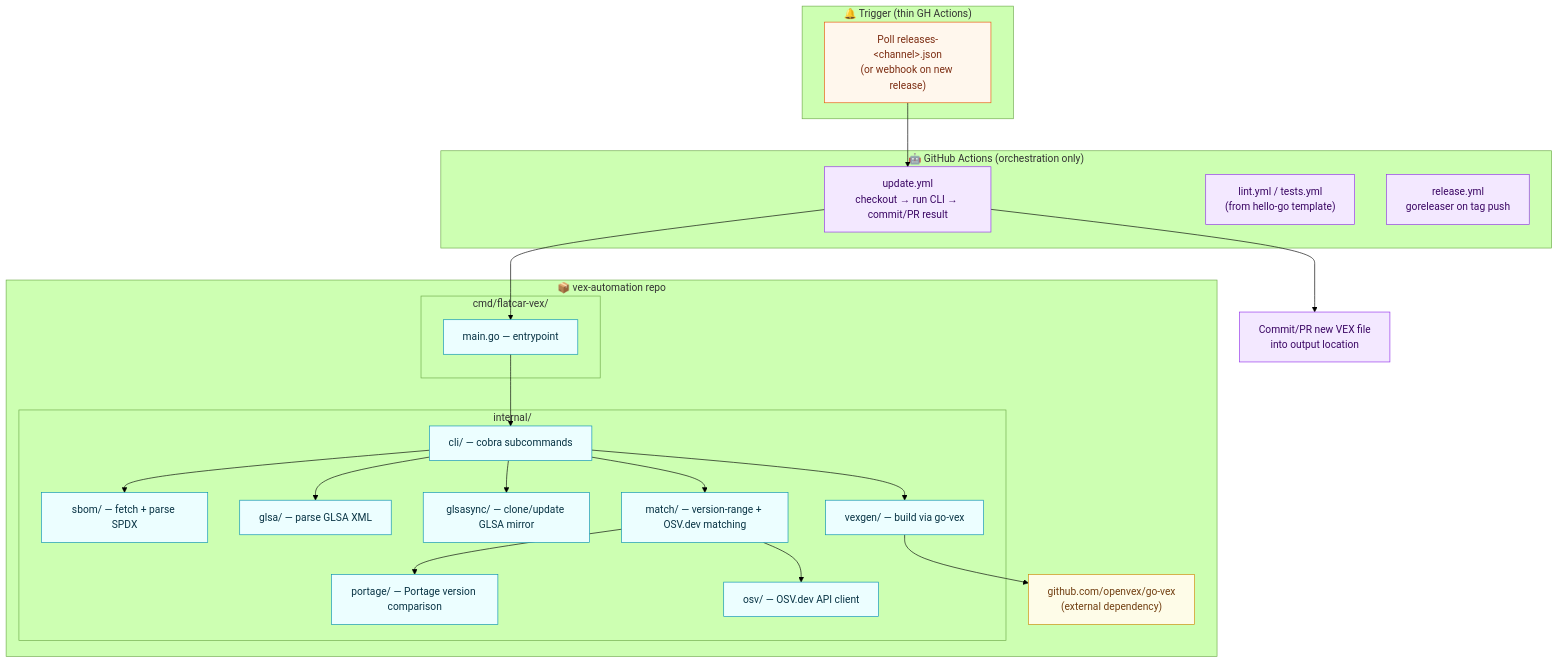
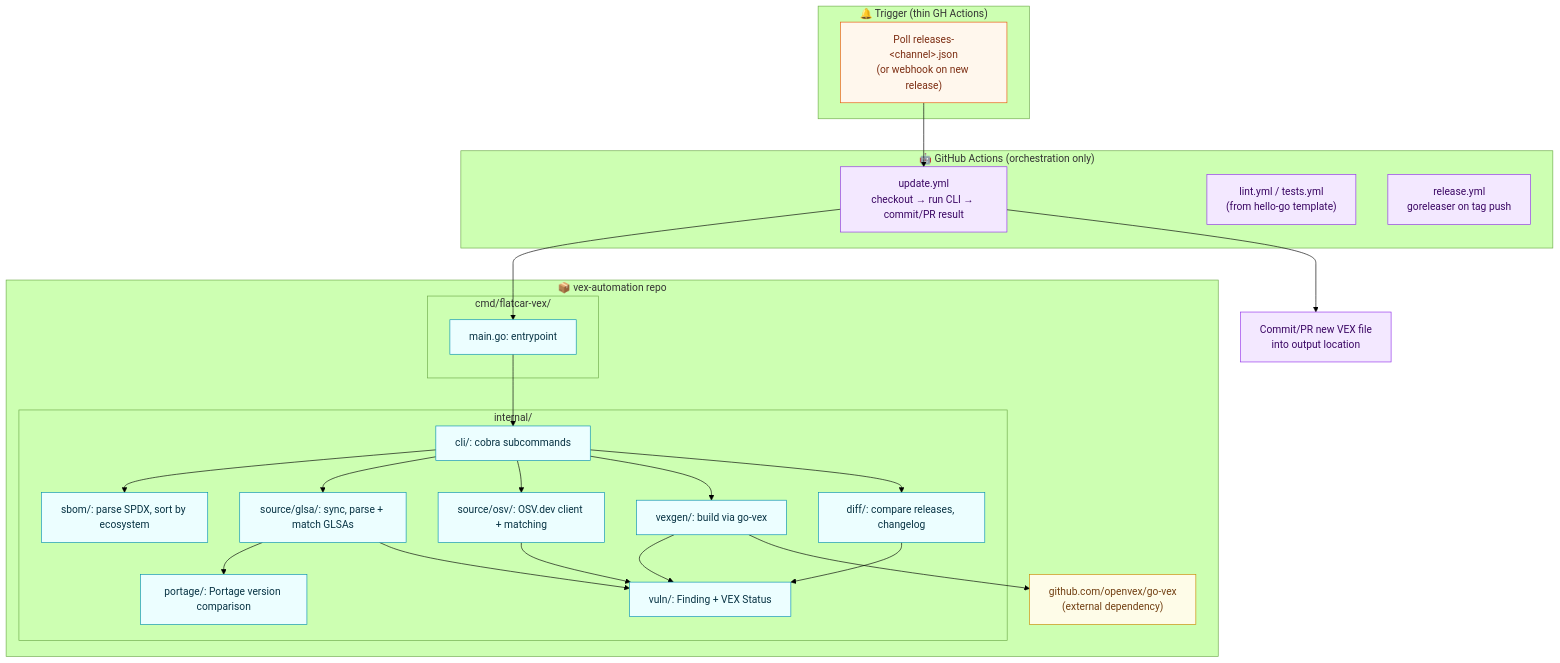
One commit to flatcar/vex-automation changed the second of 3 diagrams in docs/plan.md. Above: the diagram before and after it, drawn with Mermaid (forest theme). The commit also changed other lines of this file and 50 other files, not shown here.

First line of the commit message:
refactor: organise packages by domain and sync GLSAs with go-git (#21)

````diff
--- a/docs/plan.md
+++ b/docs/plan.md
@@ -117,47 +120,49 @@
 ```mermaid
 flowchart TD
     subgraph Trigger["🔔 Trigger (thin GH Actions)"]
         POLL["Poll releases-&lt;channel&gt;.json<br/>(or webhook on new release)"]
     end
 
     subgraph Repo["📦 vex-automation repo"]
         subgraph CmdLayer["cmd/flatcar-vex/"]
-            MAIN["main.go — entrypoint"]
+            MAIN["main.go: entrypoint"]
         end
         subgraph InternalLayer["internal/"]
-            CLI_PKG["cli/ — cobra subcommands"]
-            SBOM_PKG["sbom/ — fetch + parse SPDX"]
-            GLSA_PKG["glsa/ — parse GLSA XML"]
-            GLSASYNC_PKG["glsasync/ — clone/update GLSA mirror"]
-            PORTAGE_PKG["portage/ — Portage version comparison"]
-            MATCH_PKG["match/ — version-range + OSV.dev matching"]
-            OSV_PKG["osv/ — OSV.dev API client"]
-            VEXGEN_PKG["vexgen/ — build via go-vex"]
+            CLI_PKG["cli/: cobra subcommands"]
+            SBOM_PKG["sbom/: parse SPDX, sort by ecosystem"]
+            VULN_PKG["vuln/: Finding + VEX Status"]
+            GLSA_PKG["source/glsa/: sync, parse + match GLSAs"]
+            OSV_PKG["source/osv/: OSV.dev client + matching"]
+            PORTAGE_PKG["portage/: Portage version comparison"]
+            VEXGEN_PKG["vexgen/: build via go-vex"]
+            DIFF_PKG["diff/: compare releases, changelog"]
         end
         GOVEX["github.com/openvex/go-vex<br/>(external dependency)"]
     end
 
     subgraph CI["🤖 GitHub Actions (orchestration only)"]
         WF1["update.yml<br/>checkout → run CLI → commit/PR result"]
         WF2["lint.yml / tests.yml<br/>(from hello-go template)"]
         WF3["release.yml<br/>goreleaser on tag push"]
     end
 
     POLL --> WF1
     WF1 --> MAIN
     MAIN --> CLI_PKG
-    CLI_PKG --> SBOM_PKG & GLSA_PKG & GLSASYNC_PKG & MATCH_PKG & VEXGEN_PKG
-    MATCH_PKG --> PORTAGE_PKG & OSV_PKG
+    CLI_PKG --> SBOM_PKG & GLSA_PKG & OSV_PKG & VEXGEN_PKG & DIFF_PKG
+    GLSA_PKG --> PORTAGE_PKG
+    GLSA_PKG & OSV_PKG --> VULN_PKG
+    VEXGEN_PKG & DIFF_PKG --> VULN_PKG
     VEXGEN_PKG --> GOVEX
     WF1 --> COMMIT["Commit/PR new VEX file<br/>into output location"]
 
     classDef trigger fill:#fff7ed,stroke:#ea580c,color:#7c2d12
     classDef repo fill:#ecfeff,stroke:#0891b2,color:#083344
     classDef ci fill:#f3e8ff,stroke:#9333ea,color:#3b0764
     classDef ext fill:#fefce8,stroke:#ca8a04,color:#713f12
 
     class POLL trigger
-    class MAIN,CLI_PKG,SBOM_PKG,GLSA_PKG,GLSASYNC_PKG,PORTAGE_PKG,MATCH_PKG,OSV_PKG,VEXGEN_PKG repo
+    class MAIN,CLI_PKG,SBOM_PKG,VULN_PKG,GLSA_PKG,OSV_PKG,PORTAGE_PKG,VEXGEN_PKG,DIFF_PKG repo
     class WF1,WF2,WF3,COMMIT ci
     class GOVEX ext
 ```
````
